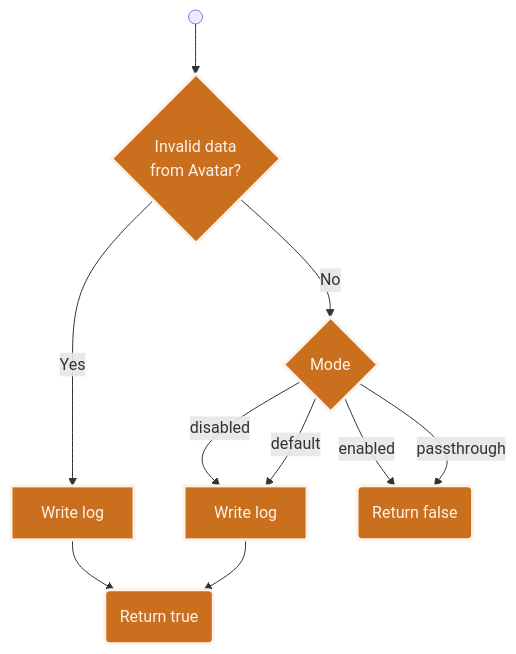
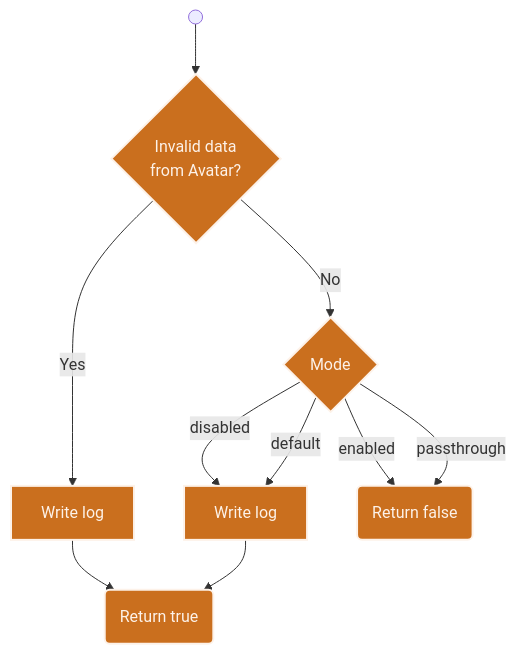
The second of 2 diagrams in static/diagrams/TingenWebService.md (spectrum-health-systems/tingen-documentation), drawn with Mermaid before and after one commit. The commit also changed other lines of this file, not shown here.

````diff
--- a/static/diagrams/TingenWebService.md
+++ b/static/diagrams/TingenWebService.md
@@ -62,22 +62,22 @@
 ```mermaid
 flowchart TD
     %% Content
     Start@{shape: sm-circ, label: ""}
     InvalidAvatarData:::E3_@{shape: diam, label: "Invalid data\nfrom Avatar?"}
     Mode:::E3_@{shape: diam, label: "Mode"}
     WriteTrueLog:::E3_@{shape: rect, label: "Write log"}
     WriteFalseLog:::E3_@{shape: rect, label: "Write log"}
     ReturnTrue:::E3_@{shape: rounded, label: "Return true"}
     ReturnFalse:::E3_@{shape: rounded, label: "Return false"}
     %% Layout
     Start --> InvalidAvatarData
     InvalidAvatarData -- Yes --> WriteFalseLog--> ReturnTrue
     InvalidAvatarData -- No --> Mode
     Mode -- enabled --> ReturnFalse
     Mode -- passthrough --> ReturnFalse
     Mode -- disabled --> WriteTrueLog
     Mode -- default --> WriteTrueLog
     WriteTrueLog --> ReturnTrue
     %% Styles
-    classDef E3_ stroke:#fdf2e9,stroke-width:3px,fill:#ca6f1e,color:#fdf2e9
+    classDef E3_ stroke:#fdf2e9,stroke-width:2px,fill:#ca6f1e,color:#fdf2e9
 ```
````
